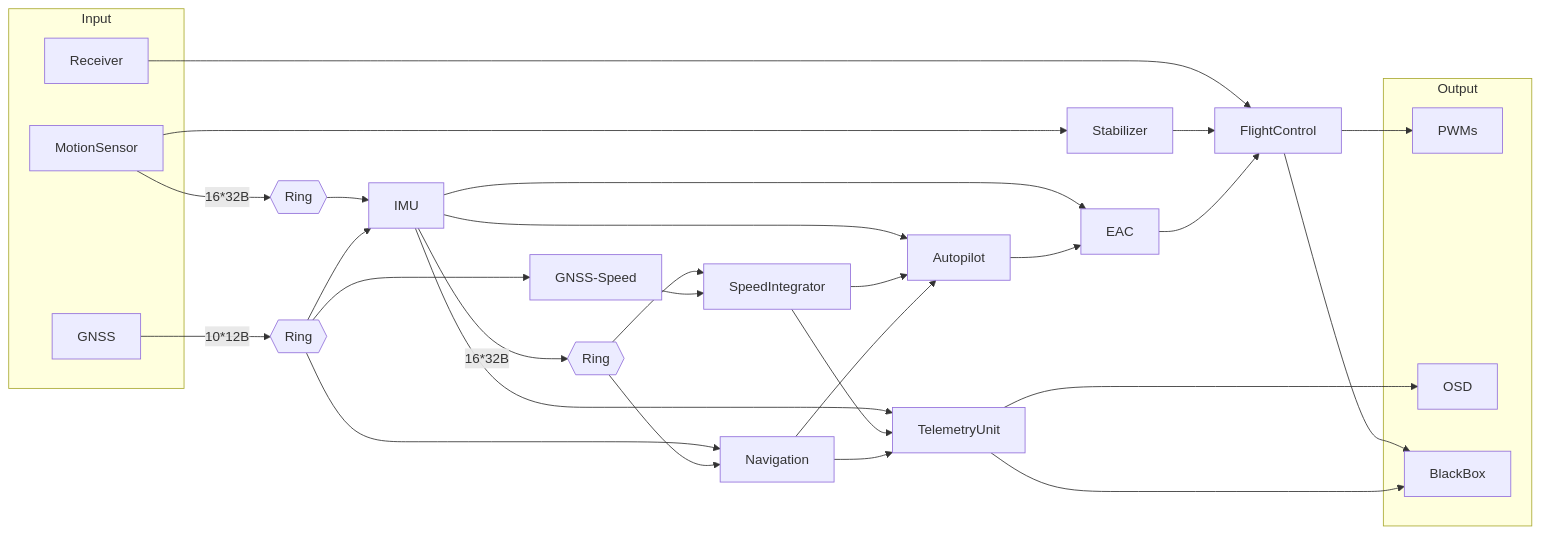
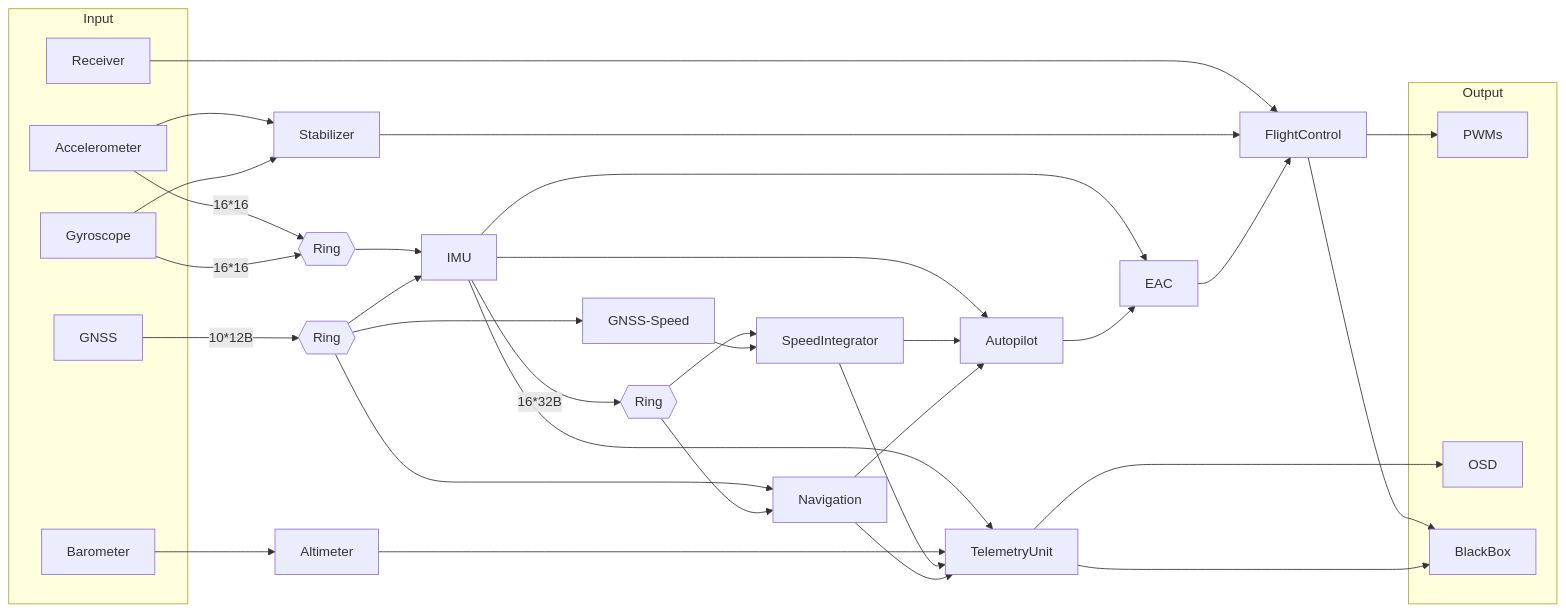
Before and after one commit to qiuchengxuan/pro-flight: the diagram in README.md, drawn with Mermaid. The commit also changed 17 other files, not shown here.

````diff
--- a/README.md
+++ b/README.md
@@ -4,52 +4,58 @@
 ```mermaid
 graph LR
   subgraph Input
     Receiver
-    MotionSensor
+    Accelerometer
+    Gyroscope
+    Barometer
     GNSS
   end
 
   PostionRing{{Ring<Position>}}
   AccelGyroRing{{Ring<Accel, Gyro>}}
   GNSS --> |10*12B|PostionRing
-  MotionSensor --> |16*32B|AccelGyroRing
-  MotionSensor --> Stabilizer
+  Accelerometer --> |16*16|AccelGyroRing
+  Gyroscope --> |16*16|AccelGyroRing
+  Accelerometer --> Stabilizer
+  Gyroscope --> Stabilizer
+  Barometer --> Altimeter
 
   PostionRing --> Navigation
   PostionRing --> GNSS-Speed
 
   AccelGyroRing --> IMU
   PostionRing --> IMU
 
   AccelQuatRing{{Ring<Accel, Quaternion>}}
   IMU --> |16*32B|AccelQuatRing
   AccelQuatRing --> Navigation
   AccelQuatRing --> SpeedIntegrator
 
   GNSS-Speed --> SpeedIntegrator
 
   IMU --> Autopilot
   SpeedIntegrator --> Autopilot
   Navigation --> Autopilot
 
   Receiver --> FlightControl
   Stabilizer --> FlightControl
   IMU --> EAC
   Autopilot --> EAC
   EAC --> FlightControl
 
   IMU --> TelemetryUnit
+  Altimeter --> TelemetryUnit
   SpeedIntegrator --> TelemetryUnit
   Navigation --> TelemetryUnit
 
   subgraph Output
 	PWMs
     OSD
     BlackBox
   end
 
   FlightControl --> PWMs
   FlightControl --> BlackBox
   TelemetryUnit --> OSD
   TelemetryUnit --> BlackBox
 ```
````
